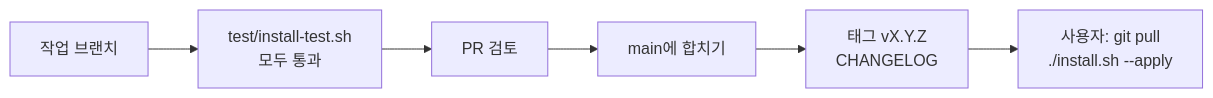
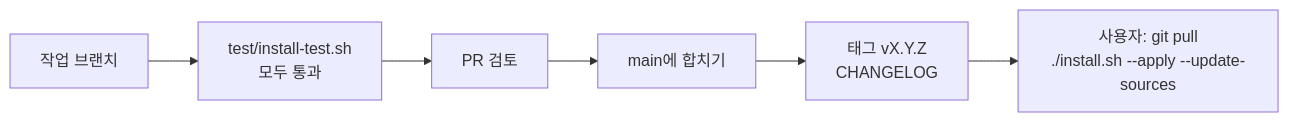
Before and after one commit to LYNGMN/agent-workbench: the diagram in docs/workflow.md, drawn with Mermaid. The commit also changed other lines of this file and 4 other files, not shown here.

````diff
--- a/docs/workflow.md
+++ b/docs/workflow.md
@@ -5,8 +5,8 @@
 ```mermaid
 flowchart LR
   A["작업 브랜치"] --> B["test/install-test.sh<br/>모두 통과"]
   B --> C["PR 검토"]
   C --> D["main에 합치기"]
   D --> E["태그 vX.Y.Z<br/>CHANGELOG"]
-  E --> F["사용자: git pull<br/>./install.sh --apply"]
+  E --> F["사용자: git pull<br/>./install.sh --apply --update-sources"]
 ```
````
